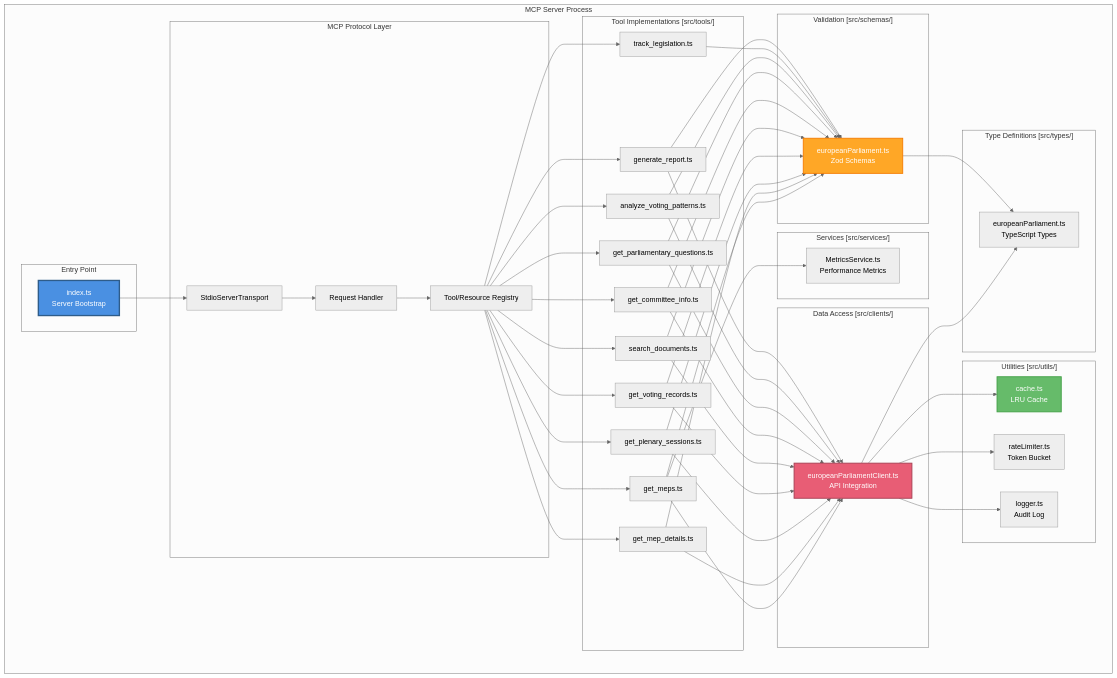
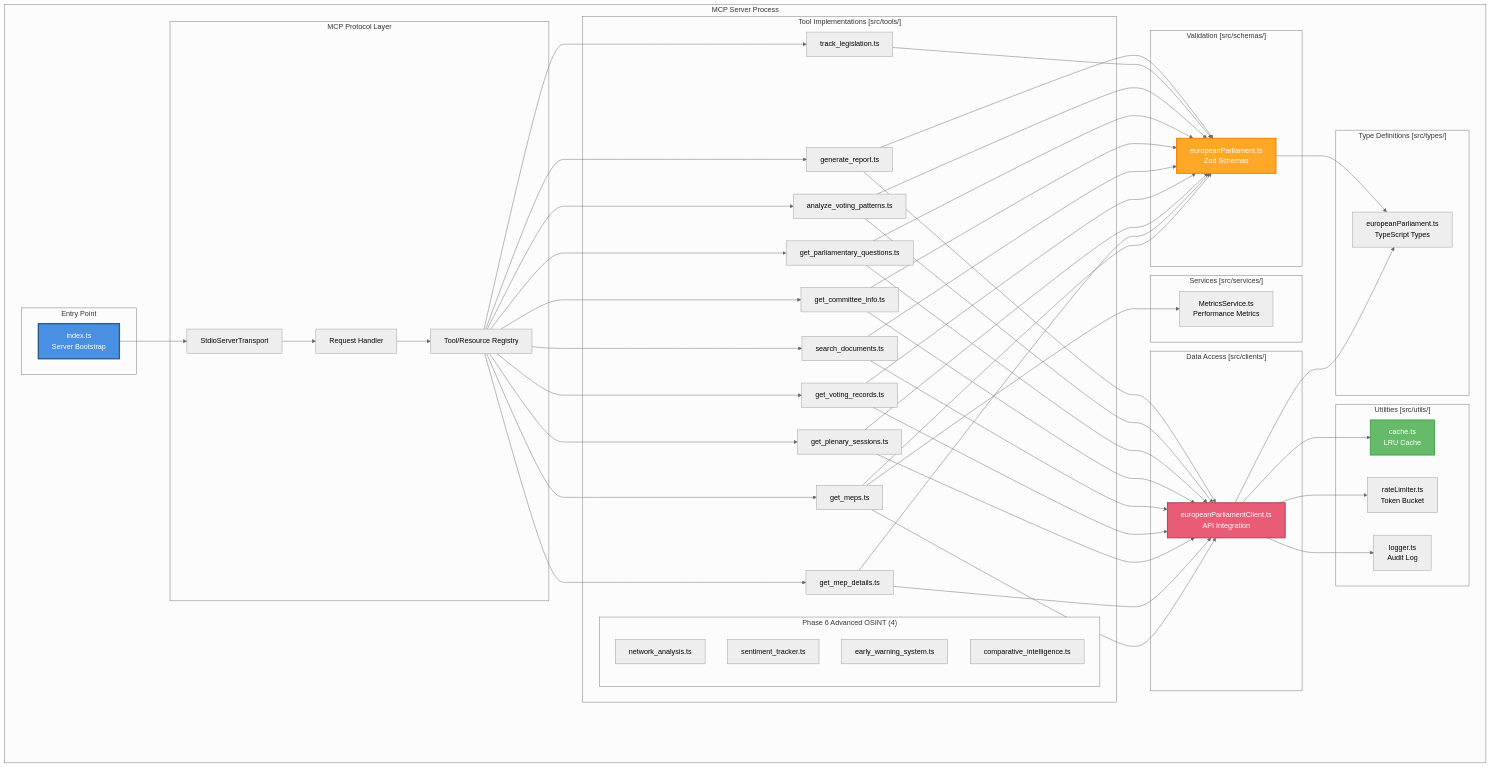
One commit to Hack23/European-Parliament-MCP-Server changed the third of 14 diagrams in docs/api-markdown/_media/ARCHITECTURE_DIAGRAMS.md. Above: the diagram before and after it, drawn with Mermaid (neutral theme). The commit also changed 1177 other files, not shown here.

```diff
--- a/docs/api-markdown/_media/ARCHITECTURE_DIAGRAMS.md
+++ b/docs/api-markdown/_media/ARCHITECTURE_DIAGRAMS.md
@@ -209,6 +209,12 @@
             T8[analyze_voting_patterns.ts]
             T9[track_legislation.ts]
             T10[generate_report.ts]
+            subgraph "Phase 6 Advanced OSINT (4)"
+                T11[network_analysis.ts]
+                T12[sentiment_tracker.ts]
+                T13[early_warning_system.ts]
+                T14[comparative_intelligence.ts]
+            end
         end
         
         subgraph "Data Access [src/clients/]"
```
